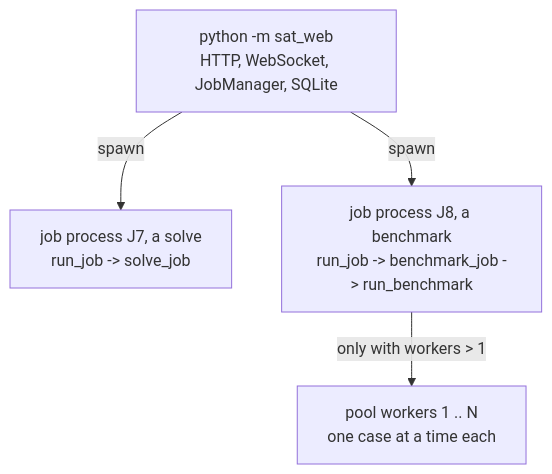
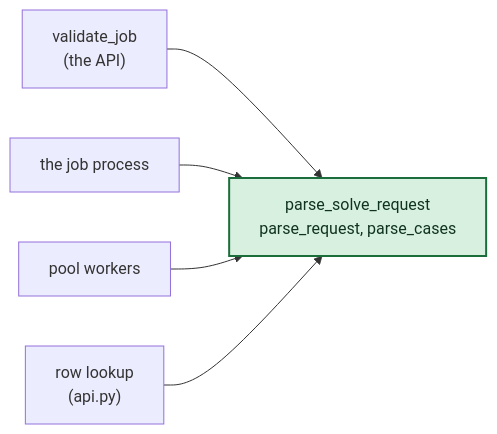
The fifth of 10 diagrams in docs/guide/architecture.md (Aziyck/SATsolver), drawn with Mermaid before and after one commit. The commit also changed other lines of this file and 8 other files, not shown here.

First line of the commit message:
docs: split the architecture guide into a short overview and how-it-works

````diff
--- a/docs/guide/architecture.md
+++ b/docs/guide/architecture.md
@@ -396,11 +146,9 @@
 ```mermaid
-flowchart TD
-    server["python -m sat_web<br/>HTTP, WebSocket, JobManager, SQLite"]
-    j7["job process J7, a solve<br/>run_job -> solve_job"]
-    j8["job process J8, a benchmark<br/>run_job -> benchmark_job -> run_benchmark"]
-    pool["pool workers 1 .. N<br/>one case at a time each"]
-
-    server -- spawn --> j7
-    server -- spawn --> j8
-    j8 -- "only with workers > 1" --> pool
+flowchart LR
+    rule["parse_solve_request<br/>parse_request, parse_cases"]:::deep
+    c0["validate_job<br/>(the API)"] --> rule
+    c1["the job process"] --> rule
+    c2["pool workers"] --> rule
+    c3["row lookup<br/>(api.py)"] --> rule
+    classDef deep fill:#d8f0e0,stroke:#1b6e3c,stroke-width:2px,color:#10331f
 ```
````
